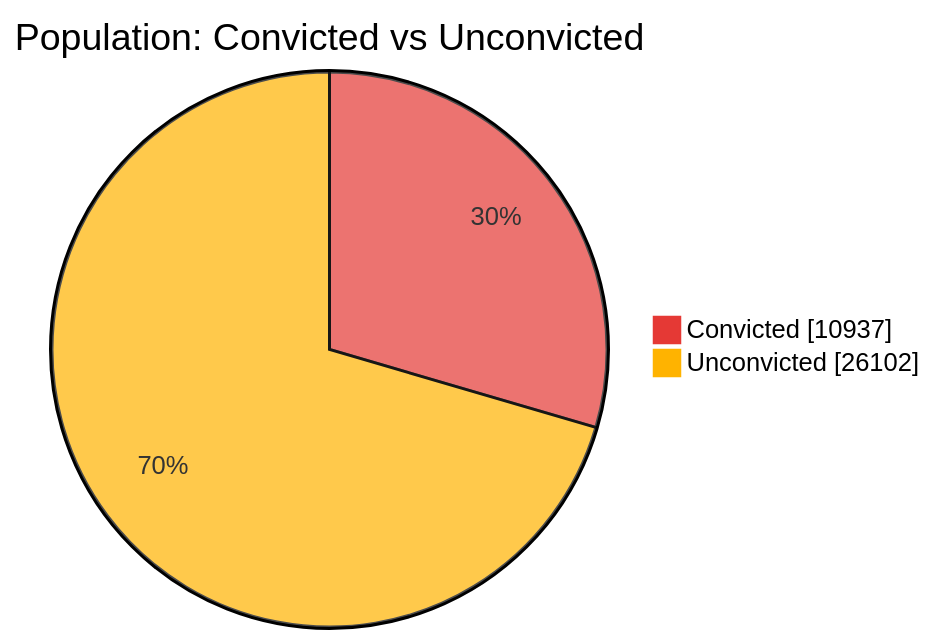
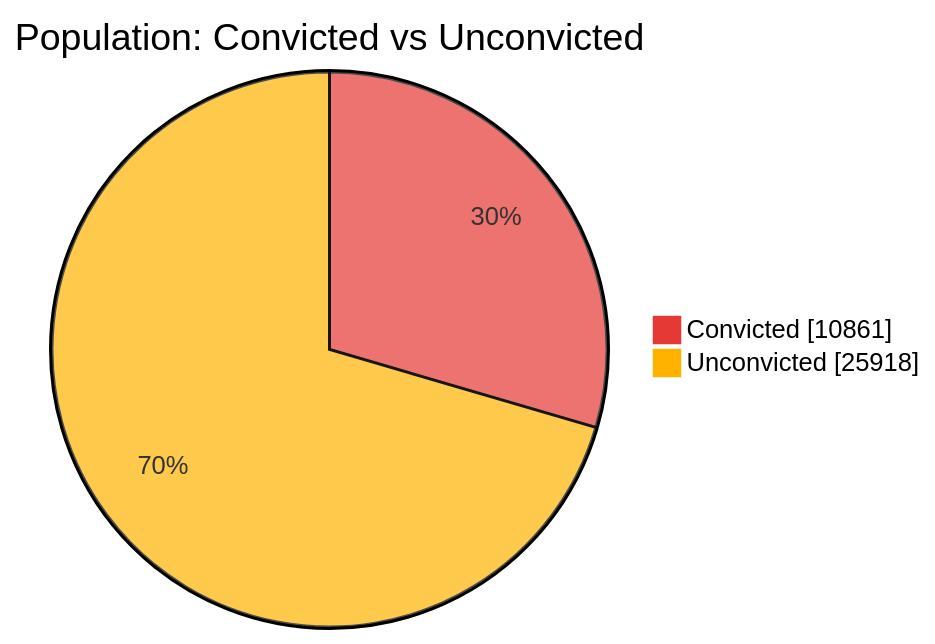
One commit to nuuuwan/lk_prisons changed the first of 7 diagrams in README.md. Above: the diagram before and after it, drawn with Mermaid. The commit also changed other lines of this file and 1 other file, not shown here.

````diff
--- a/README.md
+++ b/README.md
@@ -43,6 +43,6 @@
 ```mermaid
 %%{init: {'themeVariables': {'pie1': '#E53935', 'pie2': '#FFB300'}}}%%
 pie showData title Population: Convicted vs Unconvicted
-    "Convicted" : 10937
-    "Unconvicted" : 26102
+    "Convicted" : 10861
+    "Unconvicted" : 25918
 ```
````
